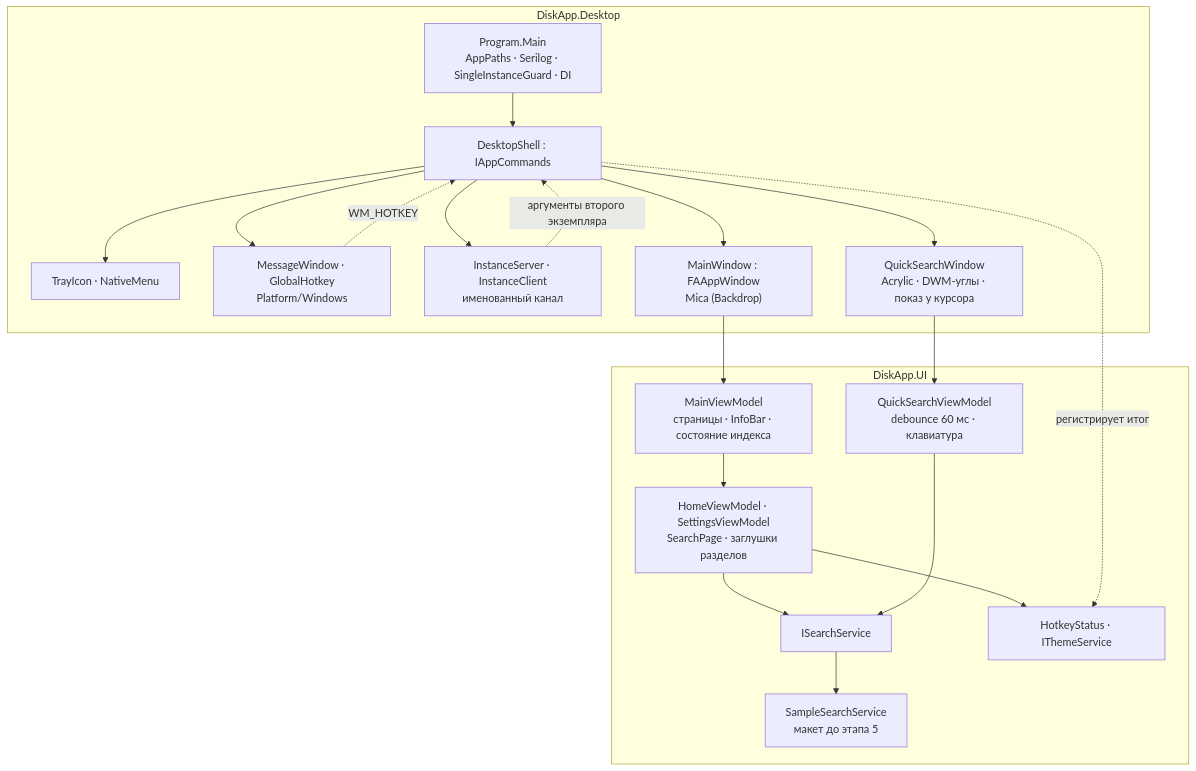
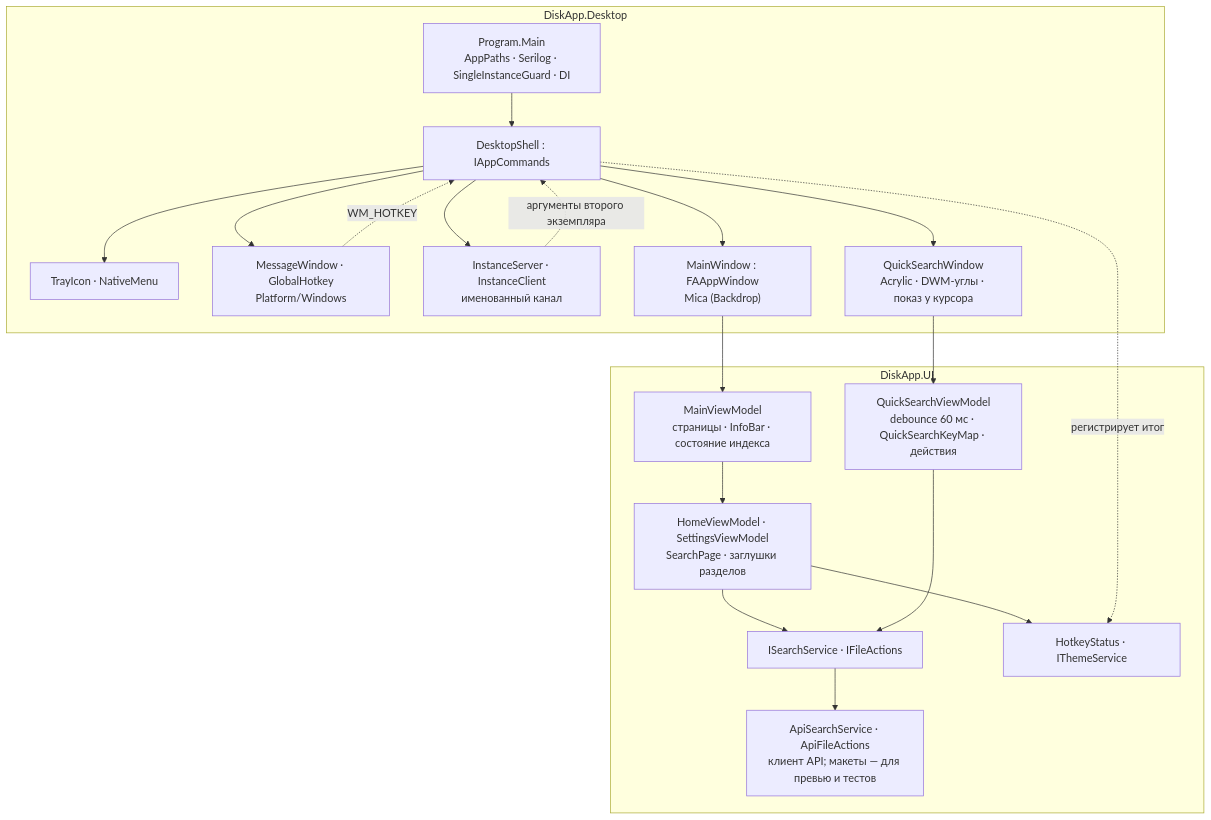
Before and after one commit to IichiKohuro/DiskApp: the seventh of 7 diagrams in docs/ARCHITECTURE.md, drawn with Mermaid. The commit also changed other lines of this file and 4 other files, not shown here.

First line of the commit message:
docs(plan): close quick search sub-stages 7.1-7.3 and 7.7

````diff
--- a/docs/ARCHITECTURE.md
+++ b/docs/ARCHITECTURE.md
@@ -407,35 +409,35 @@
 ```mermaid
 flowchart TB
     subgraph Desktop["DiskApp.Desktop"]
         Program["Program.Main<br/>AppPaths · Serilog · SingleInstanceGuard · DI"]
         Shell["DesktopShell : IAppCommands"]
         Tray["TrayIcon · NativeMenu"]
         Hotkey["MessageWindow · GlobalHotkey<br/>Platform/Windows"]
         Pipe["InstanceServer · InstanceClient<br/>именованный канал"]
         MainWin["MainWindow : FAAppWindow<br/>Mica (Backdrop)"]
         QSWin["QuickSearchWindow<br/>Acrylic · DWM-углы · показ у курсора"]
         Program --> Shell
         Shell --> Tray
         Shell --> Hotkey
         Shell --> Pipe
         Shell --> MainWin
         Shell --> QSWin
     end
     subgraph UI["DiskApp.UI"]
         MainVM["MainViewModel<br/>страницы · InfoBar · состояние индекса"]
         Pages["HomeViewModel · SettingsViewModel<br/>SearchPage · заглушки разделов"]
-        QSVM["QuickSearchViewModel<br/>debounce 60 мс · клавиатура"]
-        Search["ISearchService"]
-        Sample["SampleSearchService<br/>макет до этапа 5"]
+        QSVM["QuickSearchViewModel<br/>debounce 60 мс · QuickSearchKeyMap · действия"]
+        Search["ISearchService · IFileActions"]
+        Sample["ApiSearchService · ApiFileActions<br/>клиент API; макеты — для превью и тестов"]
         Status["HotkeyStatus · IThemeService"]
         MainWin --> MainVM --> Pages
         QSWin --> QSVM
         Pages --> Search
         QSVM --> Search
         Search --> Sample
         Pages --> Status
     end
     Hotkey -. WM_HOTKEY .-> Shell
     Pipe -. аргументы второго экземпляра .-> Shell
     Shell -. регистрирует итог .-> Status
 ```
````
